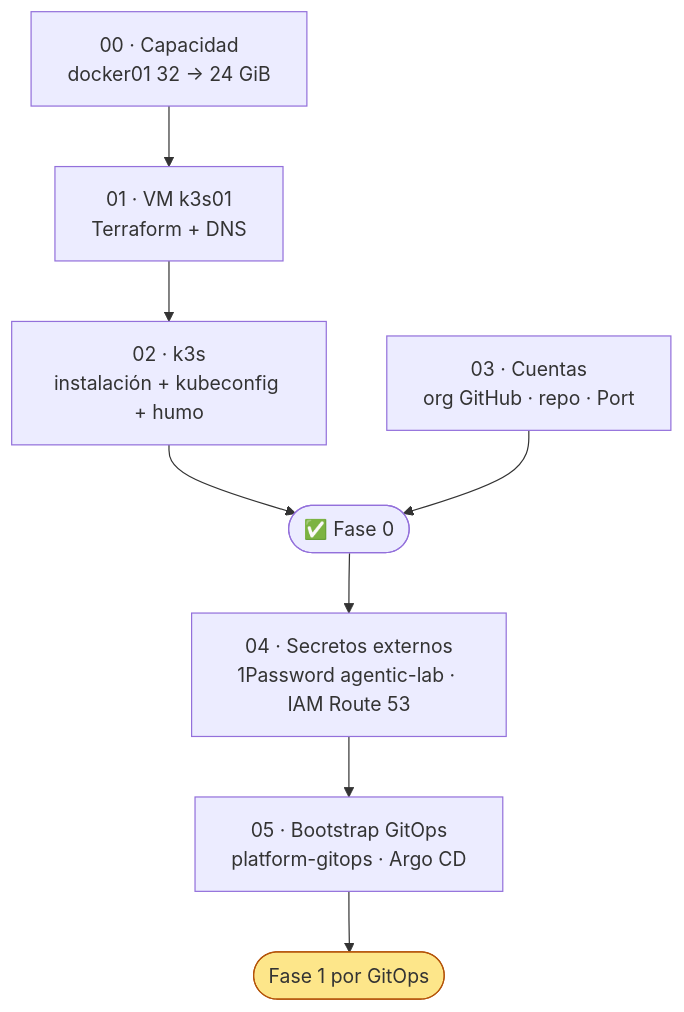
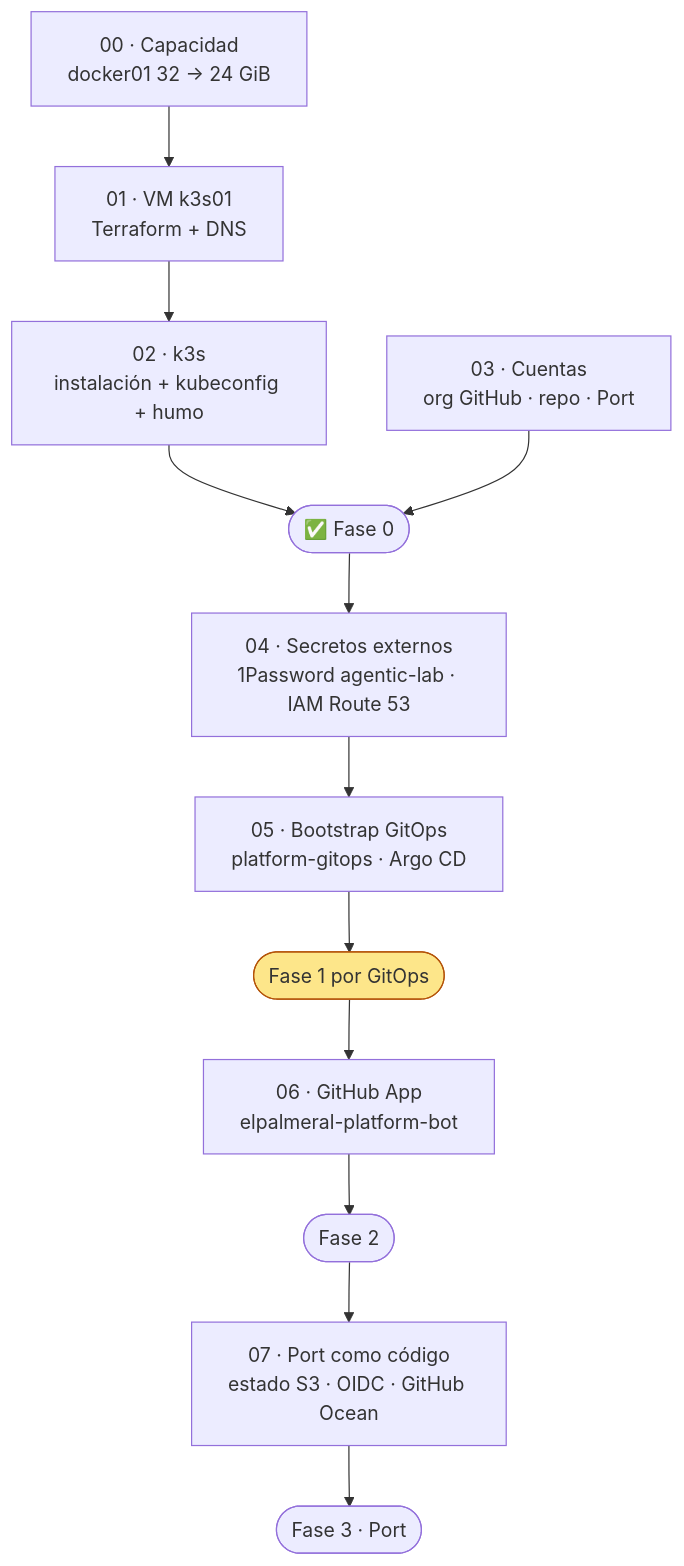
One commit to elpalmeral-org/agentic-platform-lab changed the diagram in docs/setup/README.md. Above: the diagram before and after it, drawn with Mermaid. The commit also changed other lines of this file and 20 other files, not shown here.

First line of the commit message:
feat(port): modelo como código y workflow plan/apply (#1)

````diff
--- a/docs/setup/README.md
+++ b/docs/setup/README.md
@@ -8,13 +8,16 @@
 ```mermaid
 flowchart TD
     P00["00 · Capacidad<br/>docker01 32 → 24 GiB"]
     P01["01 · VM k3s01<br/>Terraform + DNS"]
     P02["02 · k3s<br/>instalación + kubeconfig + humo"]
     P03["03 · Cuentas<br/>org GitHub · repo · Port"]
     P04["04 · Secretos externos<br/>1Password agentic-lab · IAM Route 53"]
     P05["05 · Bootstrap GitOps<br/>platform-gitops · Argo CD"]
     P00 --> P01 --> P02 --> F0(["✅ Fase 0"])
     P03 --> F0
     F0 --> P04 --> P05 --> F1(["Fase 1 por GitOps"])
+    P06["06 · GitHub App<br/>elpalmeral-platform-bot"]
+    P07["07 · Port como código<br/>estado S3 · OIDC · GitHub Ocean"]
+    F1 --> P06 --> F2(["Fase 2"]) --> P07 --> F3(["Fase 3 · Port"])
     style F1 fill:#fde68a,stroke:#b45309
 ```
````
